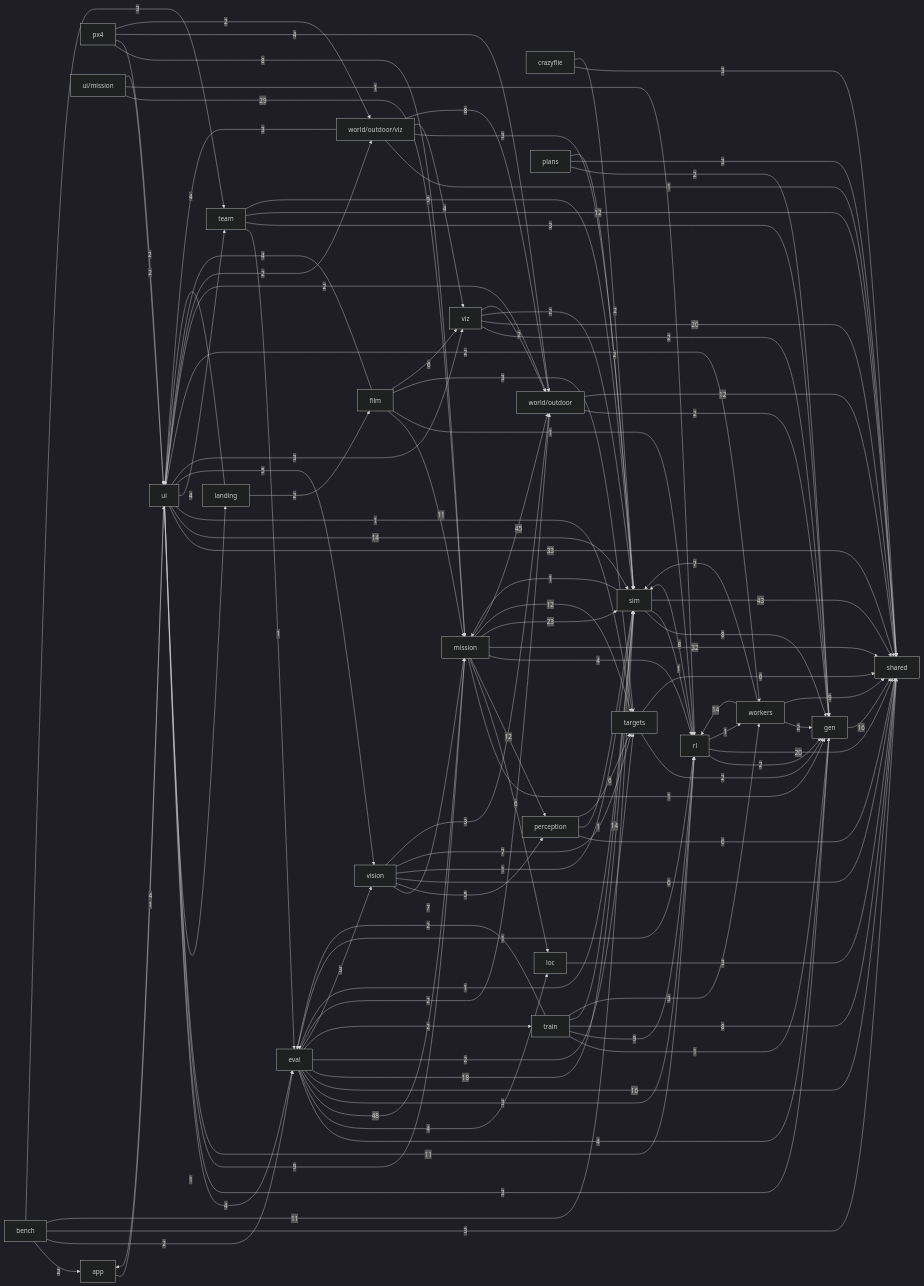
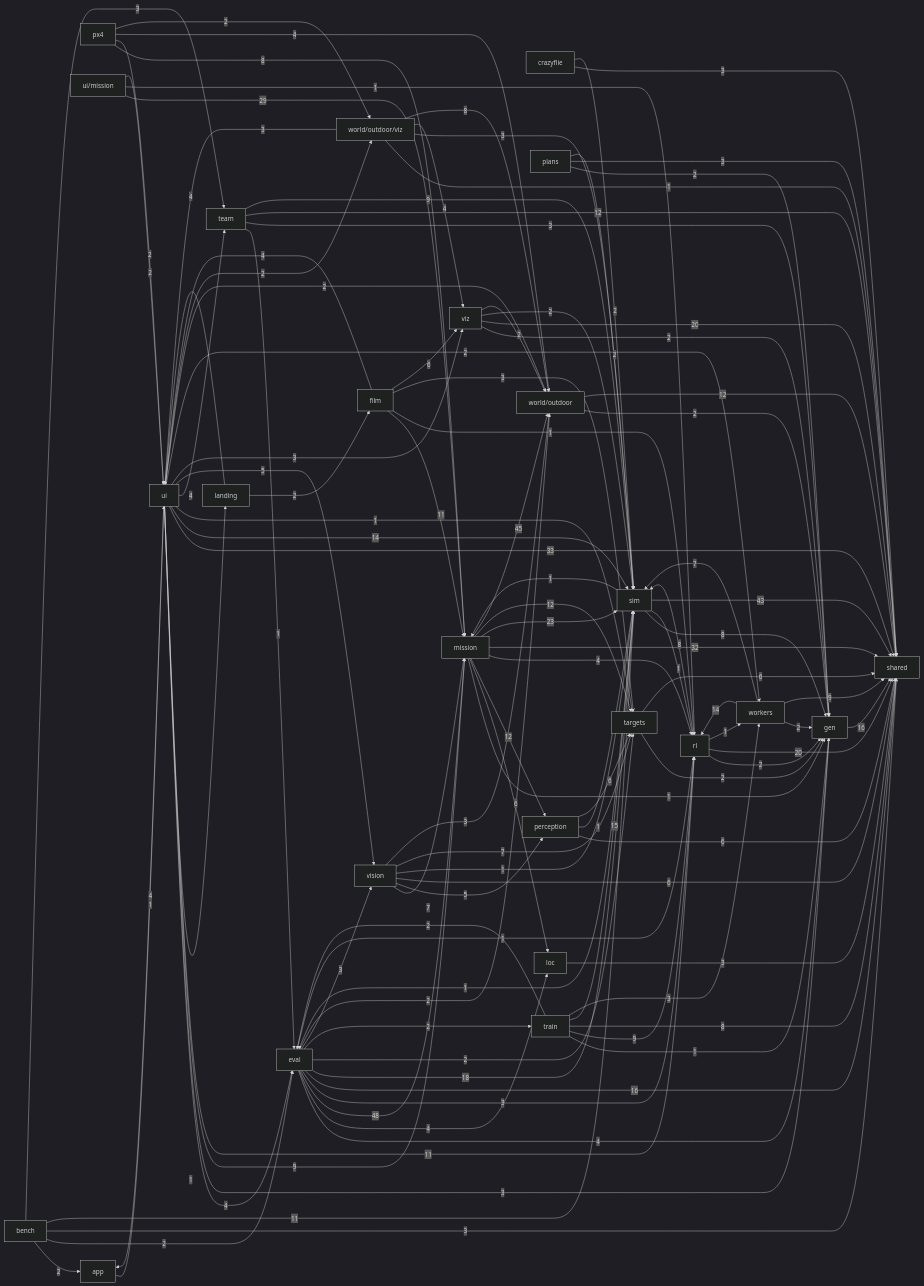
The second of 2 diagrams in docs/ARCHITECTURE.md (alexnieves-cs/frontier-fly), drawn with Mermaid (dark theme) before and after one commit. The commit also changed other lines of this file, not shown here.

First line of the commit message:
Regenerate ARCHITECTURE.md

```diff
--- a/docs/ARCHITECTURE.md
+++ b/docs/ARCHITECTURE.md
@@ -168,7 +168,7 @@
   train -->|1| gen
   train -->|9| rl
   train -->|8| shared
-  train -->|14| sim
+  train -->|15| sim
   train -->|3| workers
   ui_mission -->|29| mission
   ui_mission -->|1| rl
```
